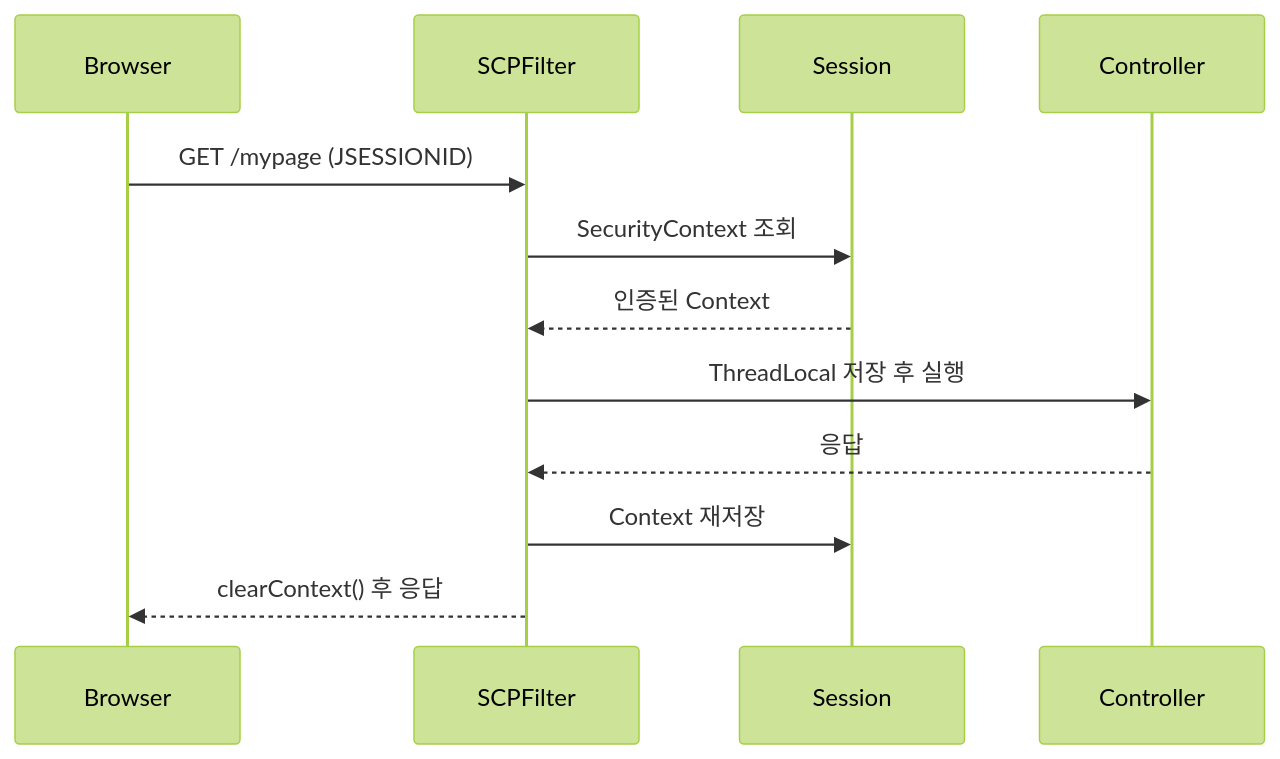
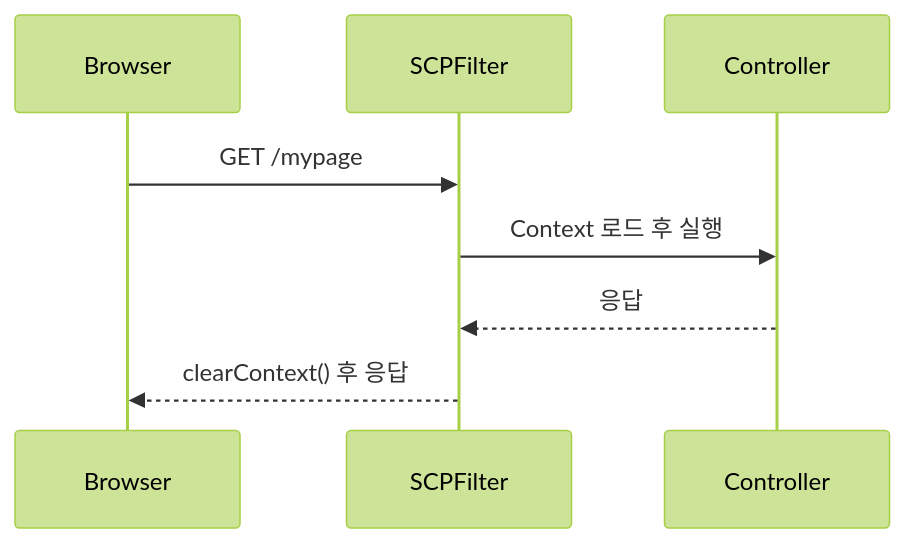
One commit to yjkim2015/yjkim2015.github.io changed the fourth of 5 diagrams in _posts/security/2021-05-26-SecurityContextPersistentFilter.md. Above: the diagram before and after it, drawn with Mermaid (forest theme). The commit also changed other lines of this file and 155 other files, not shown here.

First line of the commit message:
Mermaid 전면 수정: subgraph 제거, participant/노드/줄수 축소 (342블록)

````diff
--- a/_posts/security/2021-05-26-SecurityContextPersistentFilter.md
+++ b/_posts/security/2021-05-26-SecurityContextPersistentFilter.md
@@ -71,14 +64,10 @@
 ```mermaid
 sequenceDiagram
-    participant Browser
+    participant B as Browser
     participant SCPF as SCPFilter
-    participant Session
-    participant Controller
-    Browser->>SCPF: GET /mypage (JSESSIONID)
-    SCPF->>Session: SecurityContext 조회
-    Session-->>SCPF: 인증된 Context
-    SCPF->>Controller: ThreadLocal 저장 후 실행
-    Controller-->>SCPF: 응답
-    SCPF->>Session: Context 재저장
-    SCPF-->>Browser: clearContext() 후 응답
+    participant CTRL as Controller
+    B->>SCPF: GET /mypage
+    SCPF->>CTRL: Context 로드 후 실행
+    CTRL-->>SCPF: 응답
+    SCPF-->>B: clearContext() 후 응답
 ```
````
